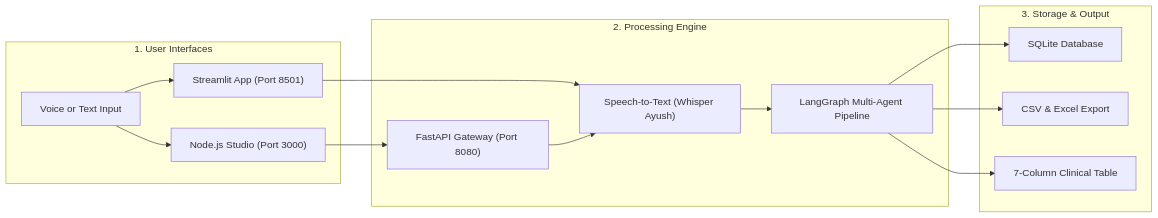
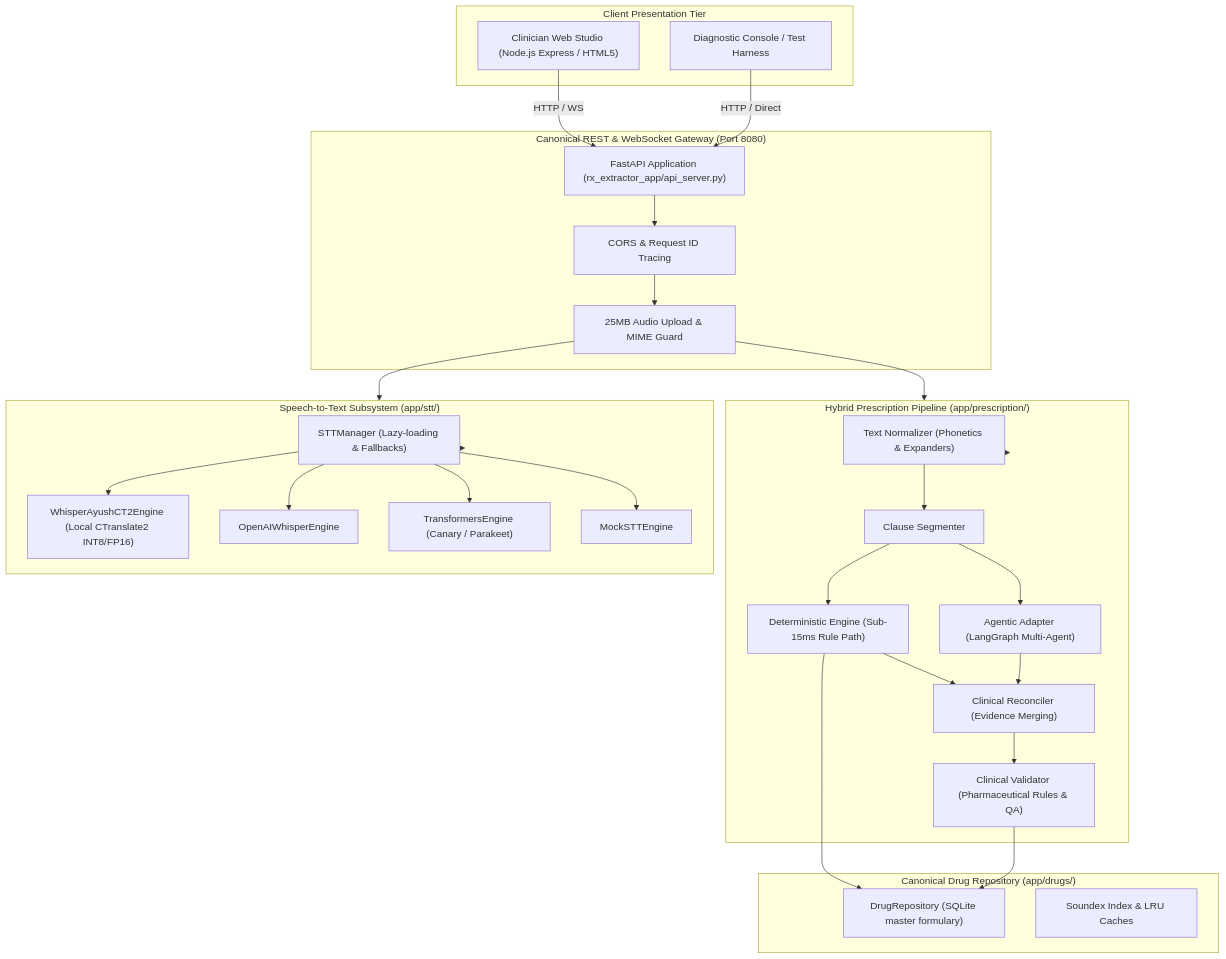
The diagram in README.md (AbhinavEliac/Agentic_Prescription_Generator), drawn with Mermaid before and after one commit. The commit also changed other lines of this file and 112 other files, not shown here.

Commit message:
feat: complete architectural consolidation, safety hardening, and independent re-audit

````diff
--- a/README.md
+++ b/README.md
@@ -17,20 +22,54 @@
 ```mermaid
-graph LR
-    subgraph UI ["1. User Interfaces"]
-        A1["Voice or Text Input"] --> A2["Streamlit App (Port 8501)"]
-        A1 --> A3["Node.js Studio (Port 3000)"]
+graph TD
+    subgraph Client ["Client Presentation Tier"]
+        UI["Clinician Web Studio (Node.js Express / HTML5)"]
+        CLI["Diagnostic Console / Test Harness"]
     end
 
-    subgraph Core ["2. Processing Engine"]
-        A3 --> B1["FastAPI Gateway (Port 8080)"]
-        A2 --> B2["Speech-to-Text (Whisper Ayush)"]
-        B1 --> B2
-        B2 --> B3["LangGraph Multi-Agent Pipeline"]
+    subgraph Gateway ["Canonical REST & WebSocket Gateway (Port 8080)"]
+        API["FastAPI Application (rx_extractor_app/api_server.py)"]
+        CORS["CORS & Request ID Tracing"]
+        UPLOAD["25MB Audio Upload & MIME Guard"]
     end
 
-    subgraph Output ["3. Storage & Output"]
-        B3 --> C1["SQLite Database"]
-        B3 --> C2["CSV & Excel Export"]
-        B3 --> C3["7-Column Clinical Table"]
+    subgraph Pipeline ["Hybrid Prescription Pipeline (app/prescription/)"]
+        NORM["Text Normalizer (Phonetics & Expanders)"]
+        SEG["Clause Segmenter"]
+        DET["Deterministic Engine (Sub-15ms Rule Path)"]
+        LLM["Agentic Adapter (LangGraph Multi-Agent)"]
+        REC["Clinical Reconciler (Evidence Merging)"]
+        VAL["Clinical Validator (Pharmaceutical Rules & QA)"]
     end
+
+    subgraph Data ["Canonical Drug Repository (app/drugs/)"]
+        REPO["DrugRepository (SQLite master formulary)"]
+        CACHE["Soundex Index & LRU Caches"]
+    end
+
+    subgraph STT ["Speech-to-Text Subsystem (app/stt/)"]
+        MGR["STTManager (Lazy-loading & Fallbacks)"]
+        W_AYUSH["WhisperAyushCT2Engine (Local CTranslate2 INT8/FP16)"]
+        W_OPENAI["OpenAIWhisperEngine"]
+        TRANS["TransformersEngine (Canary / Parakeet)"]
+        MOCK["MockSTTEngine"]
+    end
+
+    UI -->|HTTP / WS| API
+    CLI -->|HTTP / Direct| API
+    API --> CORS
+    CORS --> UPLOAD
+    UPLOAD --> Pipeline
+    UPLOAD --> STT
+    Pipeline --> NORM --> SEG --> DET
+    SEG --> LLM
+    DET --> REC
+    LLM --> REC
+    REC --> VAL
+    DET --> REPO
+    VAL --> REPO
+    STT --> MGR
+    MGR --> W_AYUSH
+    MGR --> W_OPENAI
+    MGR --> TRANS
+    MGR --> MOCK
 ```
````
